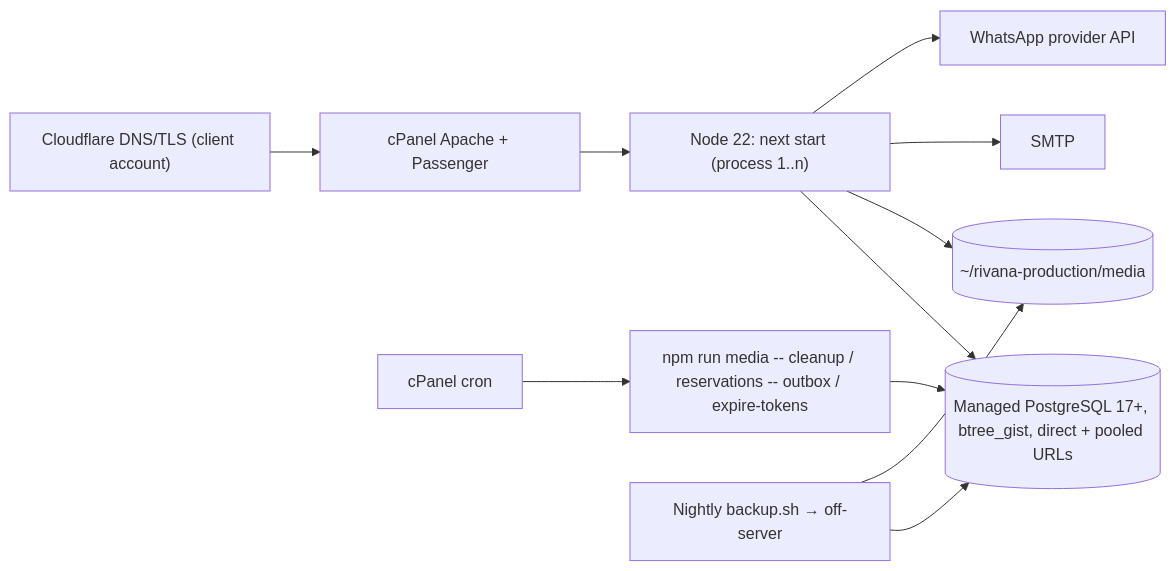
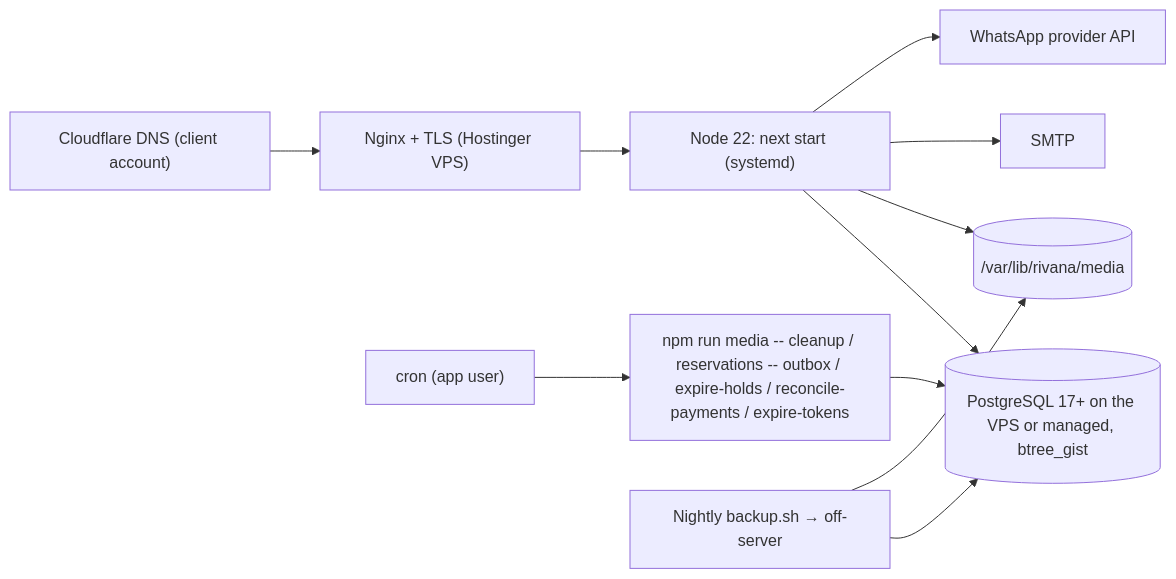
Before and after one commit to mohamedmosilhy/Rivana-Residence: the fourth of 4 diagrams in docs/architecture/overview.md, drawn with Mermaid. The commit also changed other lines of this file and 73 other files, not shown here.

````diff
--- a/docs/architecture/overview.md
+++ b/docs/architecture/overview.md
@@ -191,13 +198,13 @@
 ```mermaid
 flowchart LR
-  CF["Cloudflare DNS/TLS (client account)"] --> Apache["cPanel Apache + Passenger"]
-  Apache --> Node1["Node 22: next start (process 1..n)"]
-  Node1 --> PG[("Managed PostgreSQL 17+, btree_gist, direct + pooled URLs")]
-  Node1 --> FS[("~/rivana-production/media")]
+  CF["Cloudflare DNS (client account)"] --> Nginx["Nginx + TLS (Hostinger VPS)"]
+  Nginx --> Node1["Node 22: next start (systemd)"]
+  Node1 --> PG[("PostgreSQL 17+ on the VPS or managed, btree_gist")]
+  Node1 --> FS[("/var/lib/rivana/media")]
   Node1 --> SMTP["SMTP"]
   Node1 --> WA2["WhatsApp provider API"]
-  Cron["cPanel cron"] --> Jobs["npm run media -- cleanup / reservations -- outbox / expire-tokens"]
+  Cron["cron (app user)"] --> Jobs["npm run media -- cleanup / reservations -- outbox / expire-holds / reconcile-payments / expire-tokens"]
   Jobs --> PG
   Backup["Nightly backup.sh → off-server"] --> PG
   Backup --> FS
 ```
````
